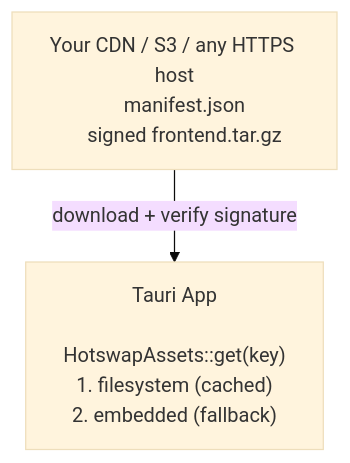
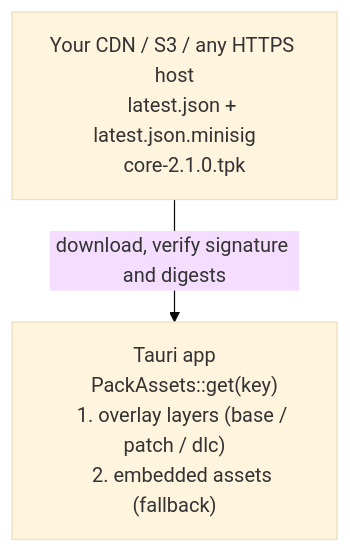
Before and after one commit to ChasLui/tauri-plugin-tpk: the diagram in README.md, drawn with Mermaid (base theme). The commit also changed other lines of this file and 35 other files, not shown here.

````diff
--- a/README.md
+++ b/README.md
@@ -72,11 +72,10 @@
 ```mermaid
 flowchart TD
     A["Your CDN / S3 / any HTTPS host
-    manifest.json
-    signed frontend.tar.gz"] -- "download + verify signature" --> B
-    B["Tauri App
-
-    HotswapAssets::get(key)
-    1. filesystem (cached)
-    2. embedded (fallback)"]
+    latest.json + latest.json.minisig
+    core-2.1.0.tpk"] -- "download, verify signature and digests" --> B
+    B["Tauri app
+    PackAssets::get(key)
+    1. overlay layers (base / patch / dlc)
+    2. embedded assets (fallback)"]
 ```
````
